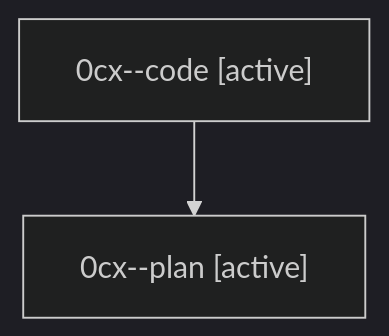
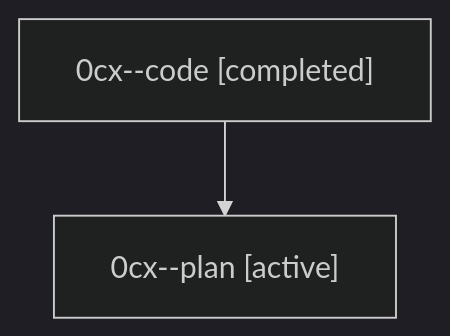
The diagram in families/bbugyi200.athena.0cx.md (sase-org/sase--agents), drawn with Mermaid (dark theme) before and after one commit. The commit also changed other lines of this file and 35830 other files, not shown here.

````diff
--- a/families/bbugyi200.athena.0cx.md
+++ b/families/bbugyi200.athena.0cx.md
@@ -9,6 +9,6 @@
 ```mermaid
 flowchart TD
-  n0["0cx--code [active]"]
+  n0["0cx--code [completed]"]
   n1["0cx--plan [active]"]
   n0 --> n1
 ```
````
